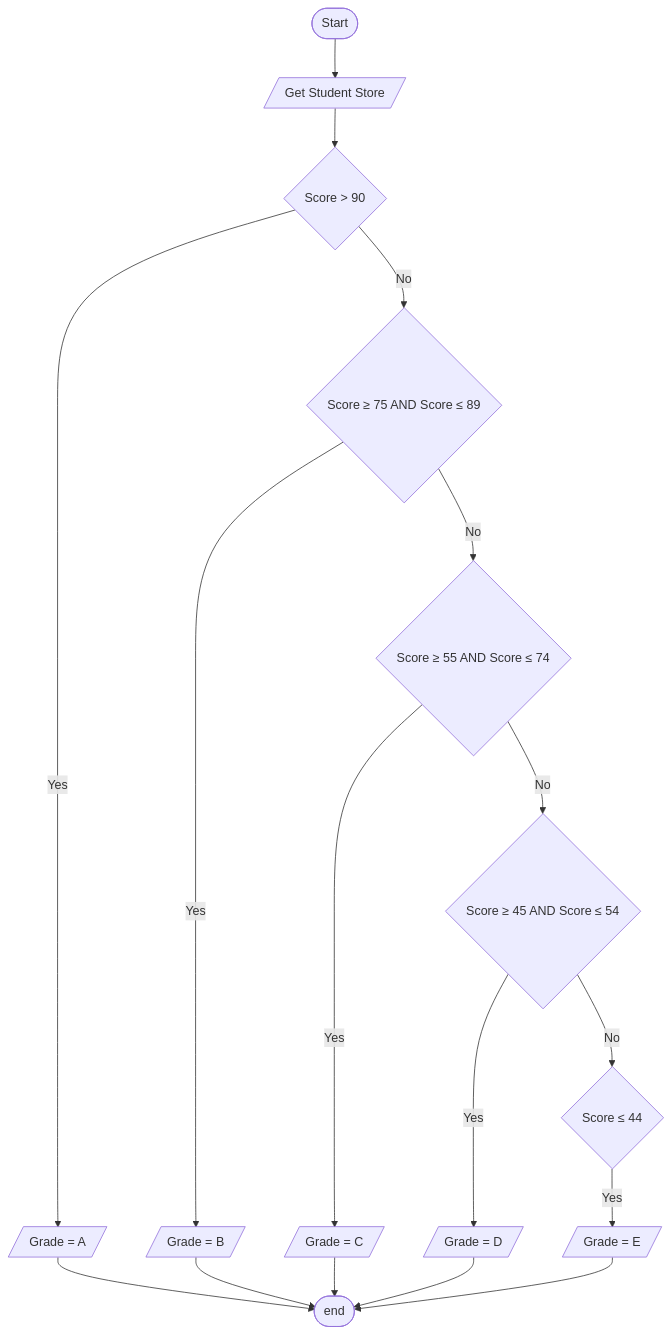
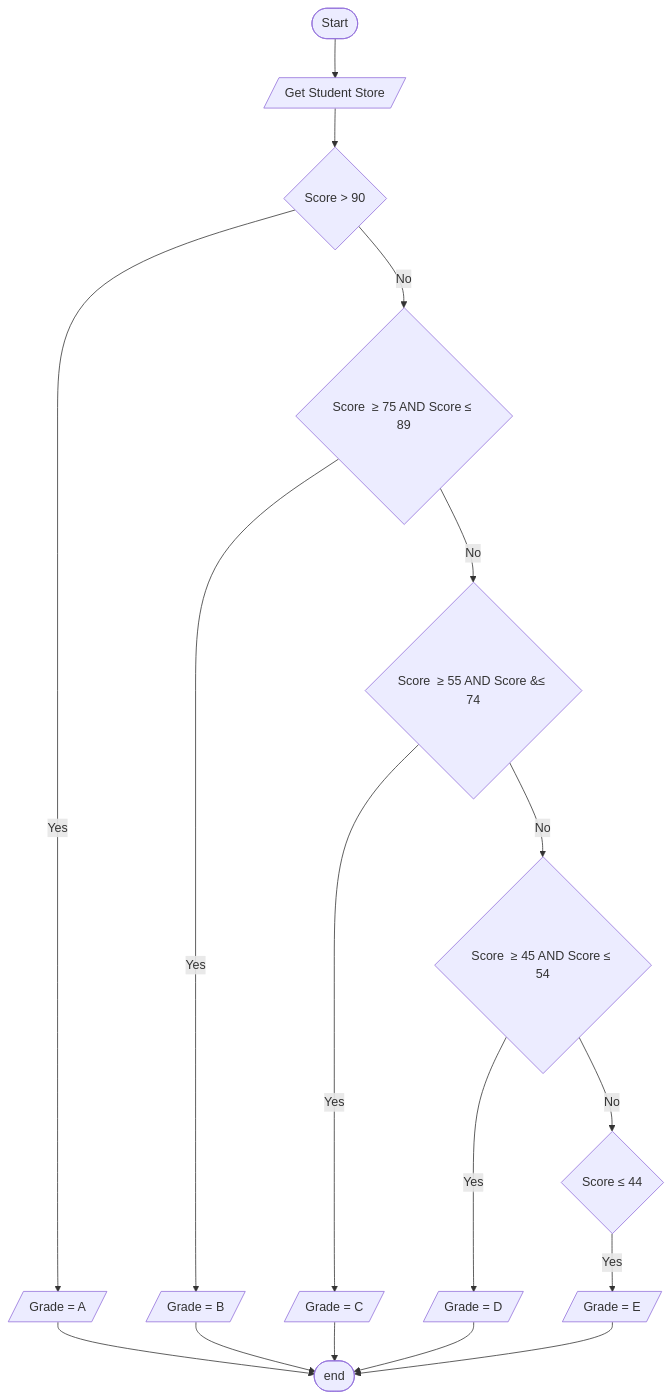
One commit to Lake-Tuggeranong-College/Holocron changed the third of 18 diagrams in _sharedContent/softwareDevFundamentals/Theory.md. Above: the diagram before and after it, drawn with Mermaid. The commit also changed 2 other files, not shown here.

Commit message:
accept assignment

````diff
--- a/_sharedContent/softwareDevFundamentals/Theory.md
+++ b/_sharedContent/softwareDevFundamentals/Theory.md
@@ -831,34 +831,34 @@
 ```mermaid
 flowchart TB
   terminalStart([Start])
 	input1[/Get Student Store/]
 	case1{Score > 90}
-	case2{Score &#8805 75 AND Score &#8804 89}
-	case3{Score &#8805 55 AND Score &#8804 74}
-	case4{Score &#8805 45 AND Score &#8804 54}
+	case2{Score  ≥ 75 AND Score ≤ 89}
+	case3{Score  ≥ 55 AND Score &≤ 74}
+	case4{Score  ≥ 45 AND Score ≤ 54}
 	case5{Score &#8804 44}
 	grade1[/Grade = A/]
 	grade2[/Grade = B/]
 	grade3[/Grade = C/]
 	grade4[/Grade = D/]
 	grade5[/Grade = E/]
 	terminalEnd([end])
 	
 	terminalStart --> input1
 	input1 --> case1
 	case1 -->|No|case2
 	case1 -->|Yes|grade1
 	case2 -->|No|case3
 	case2 -->|Yes|grade2
 	case3 -->|No|case4
 	case3 -->|Yes|grade3
 	case4 -->|No|case5
 	case4 -->|Yes|grade4
 	case5 -->|Yes|grade5
 	grade1 --> terminalEnd
 	grade2 --> terminalEnd
 	grade3 --> terminalEnd
 	grade4 --> terminalEnd
 	grade5 --> terminalEnd
 
 ```
````
